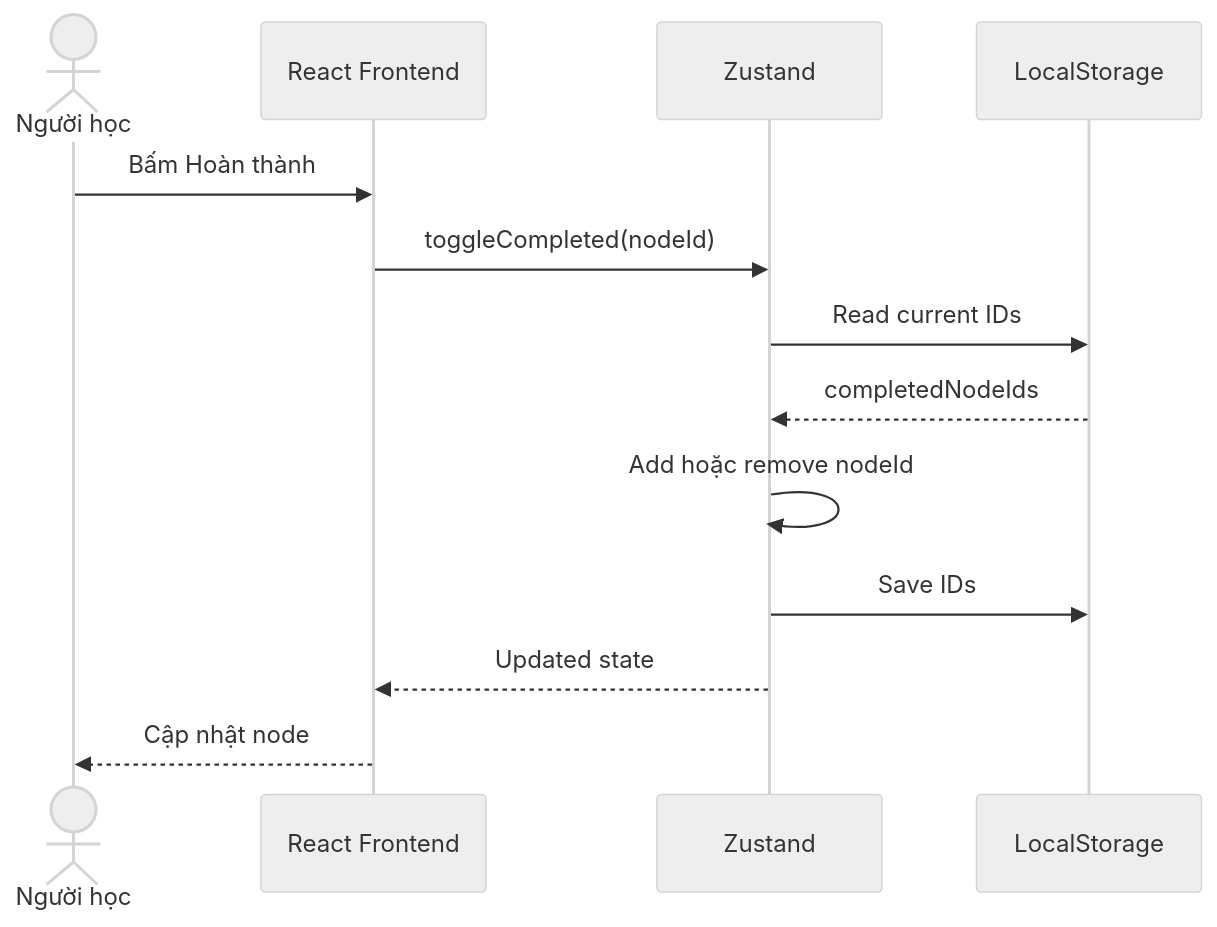
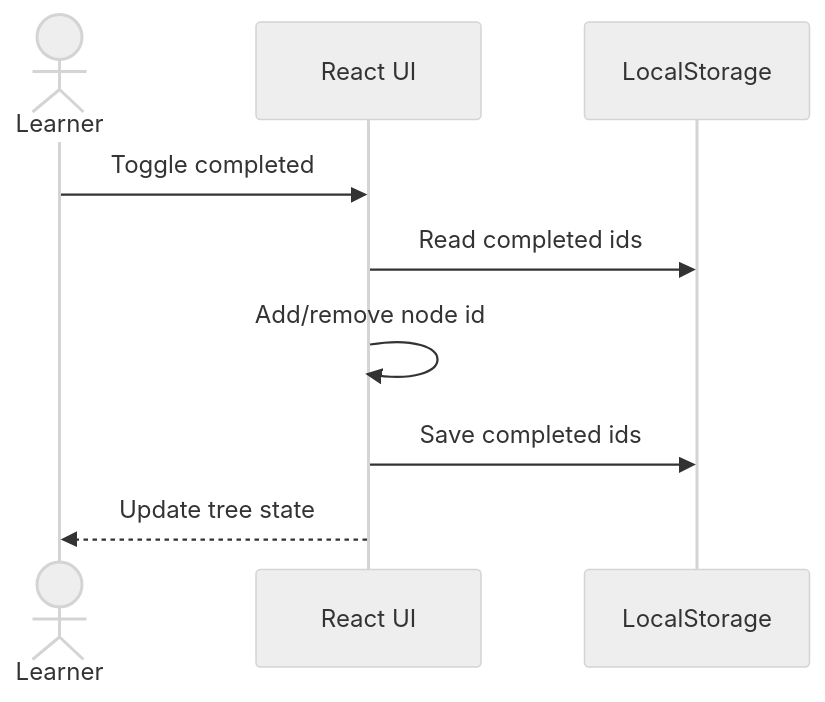
One commit to nguyen-le-huy/meomeo changed the fifth of 5 diagrams in docs/02_PHAN_TICH_VA_THIET_KE_HE_THONG.md. Above: the diagram before and after it, drawn with Mermaid (neutral theme). The commit also changed other lines of this file and 4 other files, not shown here.

````diff
--- a/docs/02_PHAN_TICH_VA_THIET_KE_HE_THONG.md
+++ b/docs/02_PHAN_TICH_VA_THIET_KE_HE_THONG.md
@@ -370,16 +381,12 @@
 ```mermaid
 sequenceDiagram
-    actor Learner as Người học
-    participant UI as React Frontend
-    participant Store as Zustand
+    actor Learner
+    participant UI as React UI
     participant LS as LocalStorage
 
-    Learner->>UI: Bấm Hoàn thành
-    UI->>Store: toggleCompleted(nodeId)
-    Store->>LS: Read current IDs
-    LS-->>Store: completedNodeIds
-    Store->>Store: Add hoặc remove nodeId
-    Store->>LS: Save IDs
-    Store-->>UI: Updated state
-    UI-->>Learner: Cập nhật node
+    Learner->>UI: Toggle completed
+    UI->>LS: Read completed ids
+    UI->>UI: Add/remove node id
+    UI->>LS: Save completed ids
+    UI-->>Learner: Update tree state
 ```
````
